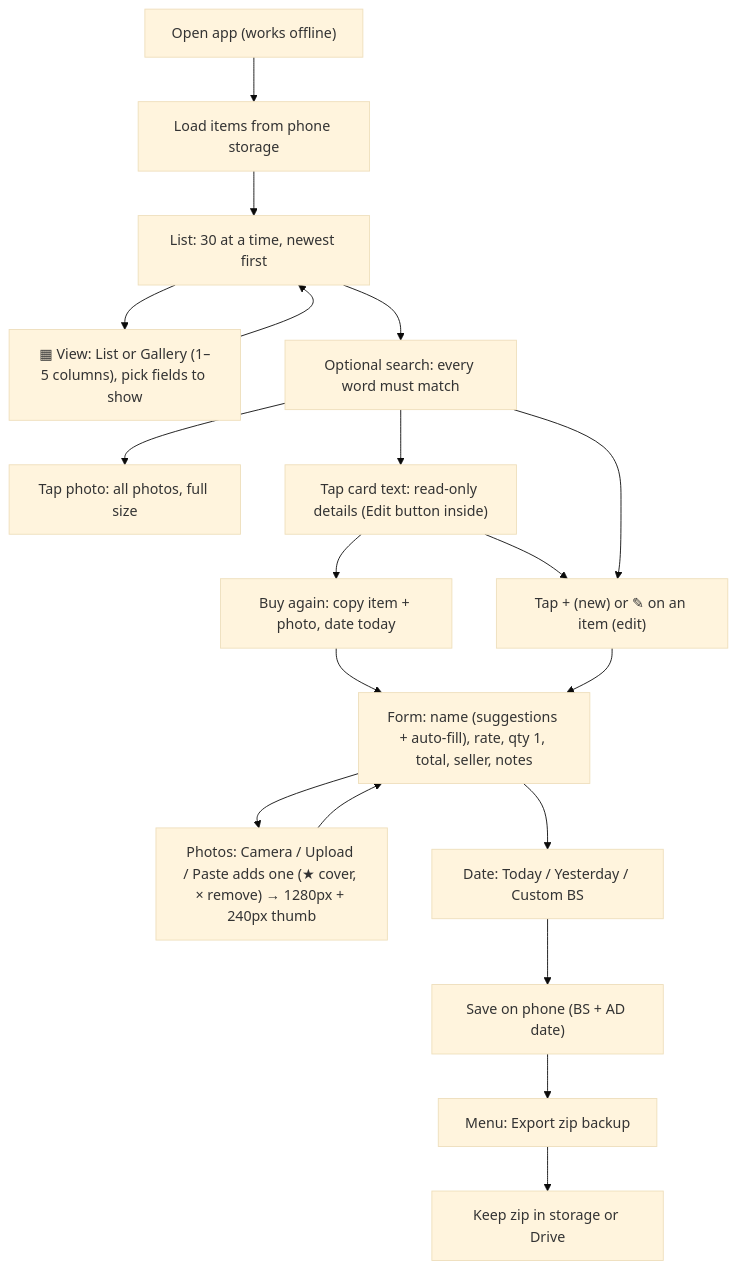
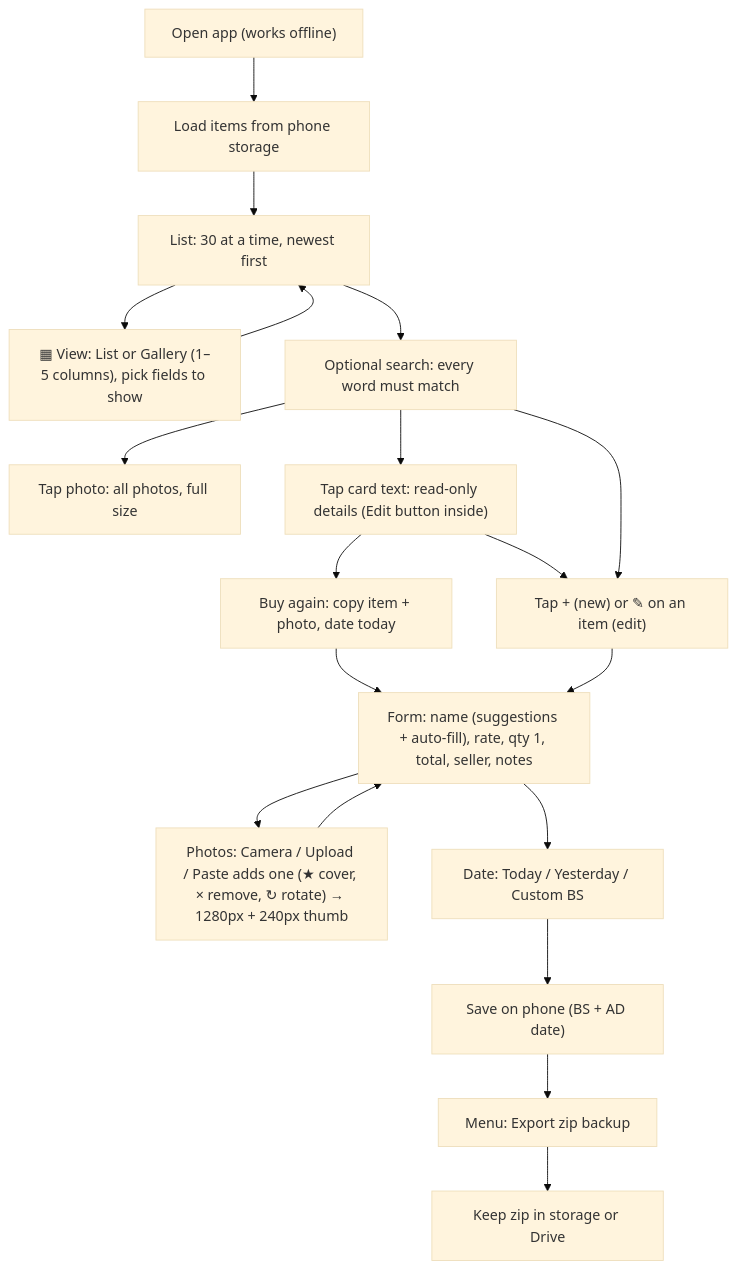
One commit to bibek-maharjan/purchases-app changed the diagram in purchases-flow.mmd. Above: the diagram before and after it, drawn with Mermaid (base theme). The commit also changed 4 other files, not shown here.

Commit message:
v18: rotate photos in the editor (↻)

```diff
--- a/purchases-flow.mmd
+++ b/purchases-flow.mmd
@@ -1,19 +1,19 @@
 flowchart TD
     A["Open app (works offline)"] --> B["Load items from phone storage"]
     B --> C["List: 30 at a time, newest first"]
     C --> V["▦ View: List or Gallery (1–5 columns), pick fields to show"]
     V --> C
     C --> D["Optional search: every word must match"]
     D --> P["Tap photo: all photos, full size"]
     D --> R["Tap card text: read-only details (Edit button inside)"]
     R --> E
     R --> BA["Buy again: copy item + photo, date today"]
     BA --> G
     D --> E["Tap + (new) or ✎ on an item (edit)"]
     E --> G["Form: name (suggestions + auto-fill), rate, qty 1, total, seller, notes"]
-    G --> F["Photos: Camera / Upload / Paste adds one (★ cover, × remove) → 1280px + 240px thumb"]
+    G --> F["Photos: Camera / Upload / Paste adds one (★ cover, × remove, ↻ rotate) → 1280px + 240px thumb"]
     F --> G
     G --> H["Date: Today / Yesterday / Custom BS"]
     H --> I["Save on phone (BS + AD date)"]
     I --> J["Menu: Export zip backup"]
     J --> K["Keep zip in storage or Drive"]
```
